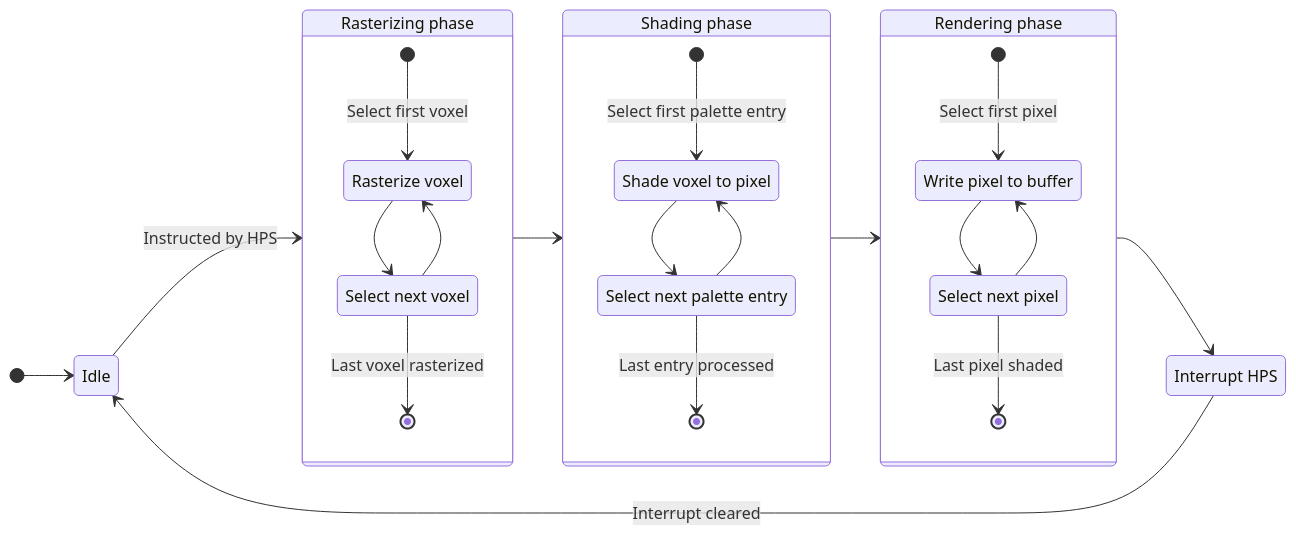
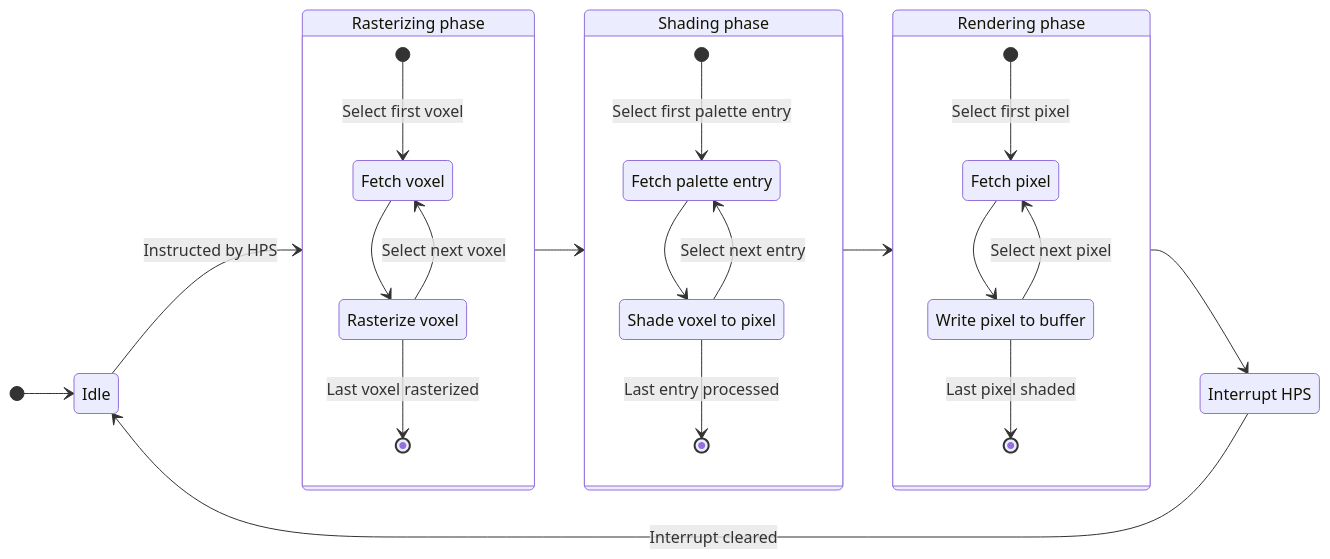
Before and after one commit to Kenny2github/voxel-gpu: the diagram in hardware/docs/gpu_controller.md, drawn with Mermaid.

Commit message:
Revamp gpu_controller states

````diff
--- a/hardware/docs/gpu_controller.md
+++ b/hardware/docs/gpu_controller.md
@@ -1,42 +1,42 @@
 ```mermaid
 stateDiagram-v2
     direction LR
     idle: Idle
     %% metastates
     rasterizing: Rasterizing phase
     shading: Shading phase
     writeout: Rendering phase
     %% end metastates
+    fetch_voxel: Fetch voxel
     rasterize: Rasterize voxel
-    next_voxel: Select next voxel
+    fetch_entry: Fetch palette entry
     shade: Shade voxel to pixel
-    next_entry: Select next palette entry
+    fetch_pixel: Fetch pixel
     write: Write pixel to buffer
-    next_pixel: Select next pixel
     interrupt: Interrupt HPS
 
     [*] --> idle
     idle --> rasterizing: Instructed by HPS
     state rasterizing {
-        [*] --> rasterize: Select first voxel
-        rasterize --> next_voxel
-        next_voxel --> rasterize
-        next_voxel --> [*]: Last voxel rasterized
+        [*] --> fetch_voxel: Select first voxel
+        fetch_voxel --> rasterize
+        rasterize --> fetch_voxel: Select next voxel
+        rasterize --> [*]: Last voxel rasterized
     }
     rasterizing --> shading
     state shading {
-        [*] --> shade: Select first palette entry
-        shade --> next_entry
-        next_entry --> shade
-        next_entry --> [*]: Last entry processed
+        [*] --> fetch_entry: Select first palette entry
+        fetch_entry --> shade
+        shade --> fetch_entry: Select next entry
+        shade --> [*]: Last entry processed
     }
     shading --> writeout
     state writeout {
-        [*] --> write: Select first pixel
-        write --> next_pixel
-        next_pixel --> write
-        next_pixel --> [*]: Last pixel shaded
+        [*] --> fetch_pixel: Select first pixel
+        fetch_pixel --> write
+        write --> fetch_pixel: Select next pixel
+        write --> [*]: Last pixel shaded
     }
     writeout --> interrupt
     interrupt --> idle: Interrupt cleared
 ```
````
